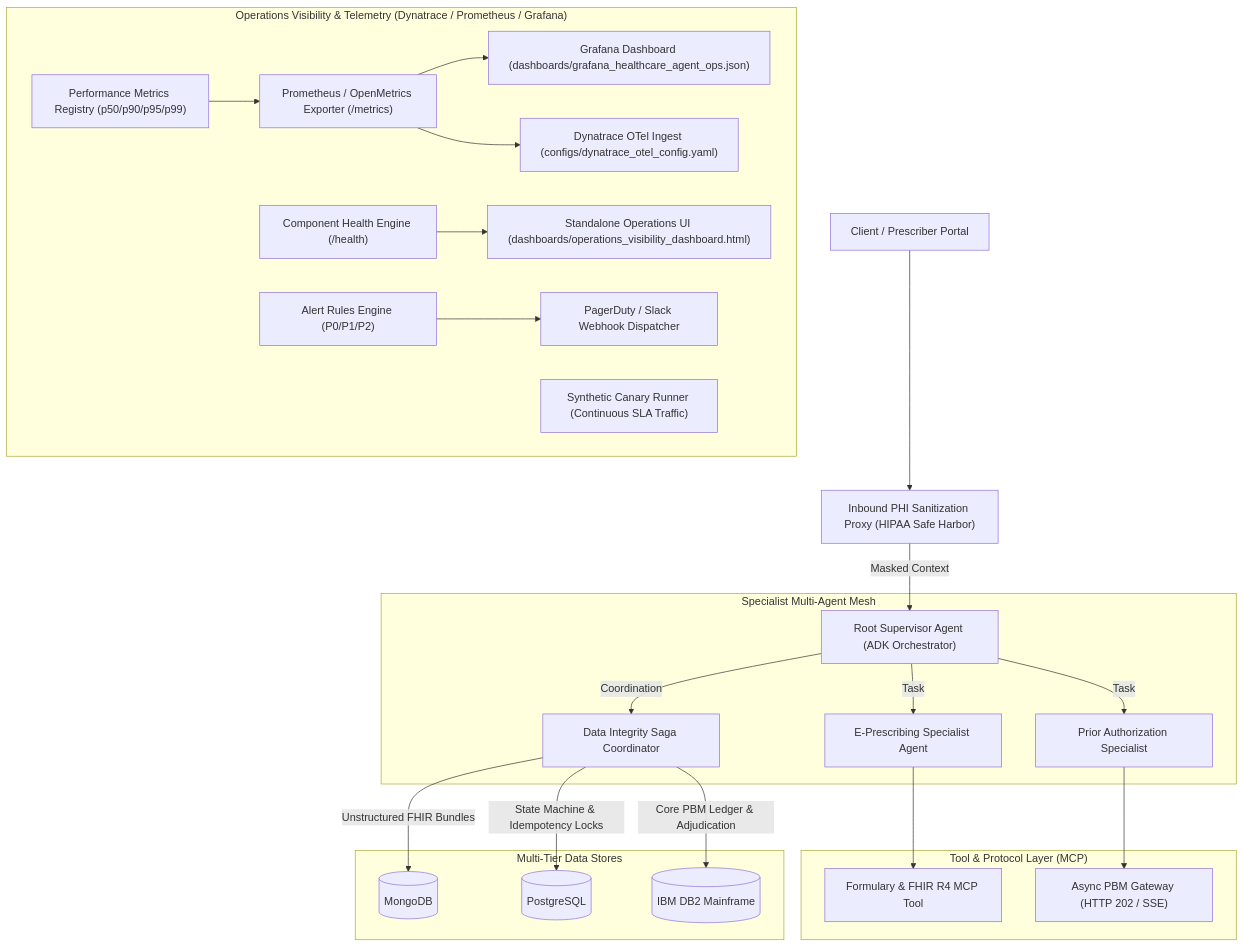
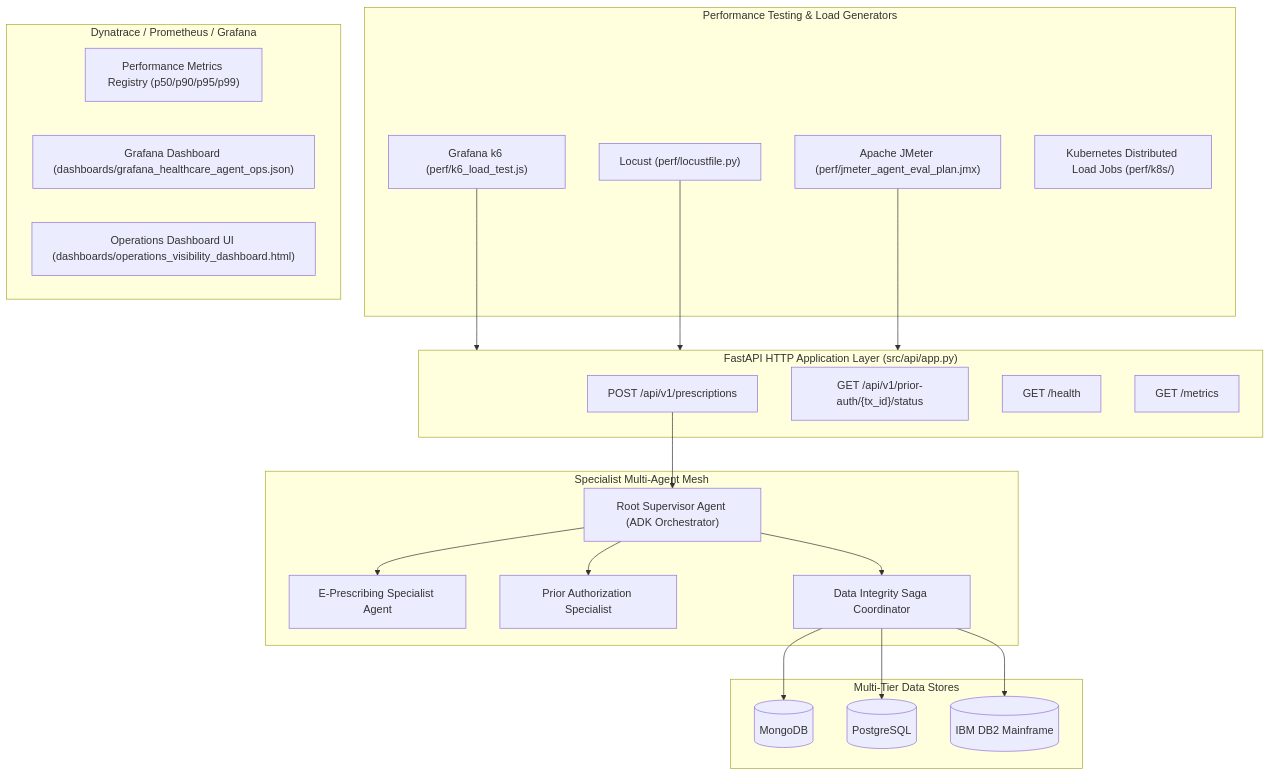
Before and after one commit to smkpt/Agent-Eval: the diagram in README.md, drawn with Mermaid. The commit also changed other lines of this file and 13 other files, not shown here.

Commit message:
feat: add Grafana k6, Locust, JMeter load tests, k8s distributed jobs, and performance test suite

````diff
--- a/README.md
+++ b/README.md
@@ -17,35 +18,39 @@
 ```mermaid
 flowchart TD
-    Client["Client / Prescriber Portal"] --> Proxy["Inbound PHI Sanitization Proxy (HIPAA Safe Harbor)"]
-    Proxy -->|Masked Context| Orchestrator["Root Supervisor Agent (ADK Orchestrator)"]
+    subgraph LoadGenerators["Performance Testing & Load Generators"]
+        K6["Grafana k6 (perf/k6_load_test.js)"]
+        Locust["Locust (perf/locustfile.py)"]
+        JMeter["Apache JMeter (perf/jmeter_agent_eval_plan.jmx)"]
+        K8sJob["Kubernetes Distributed Load Jobs (perf/k8s/)"]
+    end
+
+    subgraph FastAPIGateway["FastAPI HTTP Application Layer (src/api/app.py)"]
+        RxEP["POST /api/v1/prescriptions"]
+        PAEP["GET /api/v1/prior-auth/{tx_id}/status"]
+        HealthEP["GET /health"]
+        PromEP["GET /metrics"]
+    end
+
+    K6 --> FastAPIGateway
+    Locust --> FastAPIGateway
+    JMeter --> FastAPIGateway
 
     subgraph AgentMesh["Specialist Multi-Agent Mesh"]
-        Orchestrator -->|Task| PrescriberAgent["E-Prescribing Specialist Agent"]
-        Orchestrator -->|Task| PriorAuthAgent["Prior Authorization Specialist"]
-        Orchestrator -->|Coordination| SagaCoordinator["Data Integrity Saga Coordinator"]
-    end
-
-    subgraph MCPContext["Tool & Protocol Layer (MCP)"]
-        PrescriberAgent --> FormularyMCP["Formulary & FHIR R4 MCP Tool"]
-        PriorAuthAgent --> AsyncPBM["Async PBM Gateway (HTTP 202 / SSE)"]
+        RxEP --> Orchestrator["Root Supervisor Agent (ADK Orchestrator)"]
+        Orchestrator --> PrescriberAgent["E-Prescribing Specialist Agent"]
+        Orchestrator --> PriorAuthAgent["Prior Authorization Specialist"]
+        Orchestrator --> SagaCoordinator["Data Integrity Saga Coordinator"]
     end
 
     subgraph DataStores["Multi-Tier Data Stores"]
-        SagaCoordinator -->|Unstructured FHIR Bundles| Mongo[(MongoDB)]
-        SagaCoordinator -->|State Machine & Idempotency Locks| Postgres[(PostgreSQL)]
-        SagaCoordinator -->|Core PBM Ledger & Adjudication| DB2[(IBM DB2 Mainframe)]
+        SagaCoordinator --> Mongo[(MongoDB)]
+        SagaCoordinator --> Postgres[(PostgreSQL)]
+        SagaCoordinator --> DB2[(IBM DB2 Mainframe)]
     end
 
-    subgraph ObservabilityMesh["Operations Visibility & Telemetry (Dynatrace / Prometheus / Grafana)"]
+    subgraph Observability["Dynatrace / Prometheus / Grafana"]
         MetricsRegistry["Performance Metrics Registry (p50/p90/p95/p99)"]
-        HealthProbes["Component Health Engine (/health)"]
-        AlertEngine["Alert Rules Engine (P0/P1/P2)"]
-        CanaryRunner["Synthetic Canary Runner (Continuous SLA Traffic)"]
-        
-        MetricsRegistry --> PromExp["Prometheus / OpenMetrics Exporter (/metrics)"]
-        PromExp --> GrafanaDash["Grafana Dashboard (dashboards/grafana_healthcare_agent_ops.json)"]
-        PromExp --> DynatraceOTel["Dynatrace OTel Ingest (configs/dynatrace_otel_config.yaml)"]
-        HealthProbes --> HTMLDashboard["Standalone Operations UI (dashboards/operations_visibility_dashboard.html)"]
-        AlertEngine --> SlackAlerts["PagerDuty / Slack Webhook Dispatcher"]
+        GrafanaDash["Grafana Dashboard (dashboards/grafana_healthcare_agent_ops.json)"]
+        HTMLDash["Operations Dashboard UI (dashboards/operations_visibility_dashboard.html)"]
     end
 ```
````
